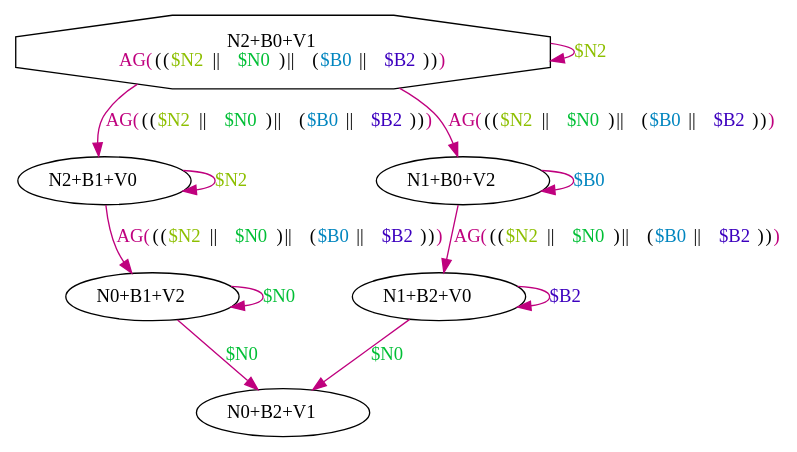
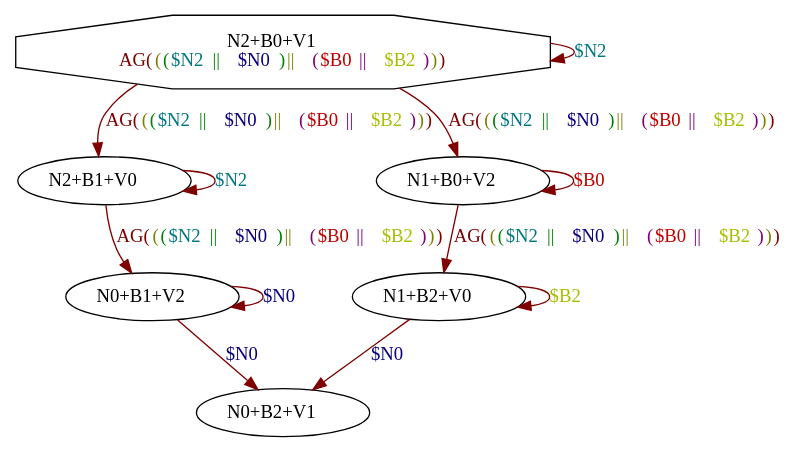
One commit to howiepowie/m1projctl2012g6 changed the diagram in test justifie 14.dot. Above: the diagram before and after it, drawn with Graphviz. The commit also changed 47 other files, not shown here.

```diff
--- a/test justifie 14.dot
+++ b/test justifie 14.dot
@@ -1,19 +1,19 @@
 digraph system {
-N0 [label=<N2+B0+V1<BR/><FONT COLOR="0.88999975 1 0.75">AG(<FONT COLOR="black">(<FONT COLOR="black">(<FONT COLOR="0.20999973 1 0.75">$N2</FONT> || <FONT COLOR="0.37999973 1 0.75">$N0</FONT>)</FONT> || <FONT COLOR="black">(<FONT COLOR="0.5499997 1 0.75">$B0</FONT> || <FONT COLOR="0.71999973 1 0.75">$B2</FONT>)</FONT>)</FONT>)</FONT>>,shape=octagon]
+N0 [label=<N2+B0+V1<BR/><FONT COLOR="0.0 1 0.5">AG(<FONT COLOR="0.17 1 0.5">(<FONT COLOR="0.34 1 0.5">(<FONT COLOR="0.51 1 0.5">$N2</FONT> || <FONT COLOR="0.68 1 0.5">$N0</FONT>)</FONT> || <FONT COLOR="0.85 1 0.5">(<FONT COLOR="1.02 1 0.75">$B0</FONT> || <FONT COLOR="0.18999994 1 0.75">$B2</FONT>)</FONT>)</FONT>)</FONT>>,shape=octagon]
 N1 [label=<N2+B1+V0>]
 N2 [label=<N0+B1+V2>]
 N3 [label=<N0+B2+V1>]
 N4 [label=<N1+B0+V2>]
 N5 [label=<N1+B2+V0>]
-N1 -> N2 [color="0.88999975 1 0.75",label=<<FONT COLOR="0.88999975 1 0.75">AG(<FONT COLOR="black">(<FONT COLOR="black">(<FONT COLOR="0.20999973 1 0.75">$N2</FONT> || <FONT COLOR="0.37999973 1 0.75">$N0</FONT>)</FONT> || <FONT COLOR="black">(<FONT COLOR="0.5499997 1 0.75">$B0</FONT> || <FONT COLOR="0.71999973 1 0.75">$B2</FONT>)</FONT>)</FONT>)</FONT>>]
-N0 -> N1 [color="0.88999975 1 0.75",label=<<FONT COLOR="0.88999975 1 0.75">AG(<FONT COLOR="black">(<FONT COLOR="black">(<FONT COLOR="0.20999973 1 0.75">$N2</FONT> || <FONT COLOR="0.37999973 1 0.75">$N0</FONT>)</FONT> || <FONT COLOR="black">(<FONT COLOR="0.5499997 1 0.75">$B0</FONT> || <FONT COLOR="0.71999973 1 0.75">$B2</FONT>)</FONT>)</FONT>)</FONT>>]
-N2 -> N3 [color="0.88999975 1 0.75",label=<<FONT COLOR="0.37999973 1 0.75">$N0</FONT>>]
-N2 -> N2 [color="0.88999975 1 0.75",label=<<FONT COLOR="0.37999973 1 0.75">$N0</FONT>>]
-N1 -> N1 [color="0.88999975 1 0.75",label=<<FONT COLOR="0.20999973 1 0.75">$N2</FONT>>]
-N5 -> N5 [color="0.88999975 1 0.75",label=<<FONT COLOR="0.71999973 1 0.75">$B2</FONT>>]
-N5 -> N3 [color="0.88999975 1 0.75",label=<<FONT COLOR="0.37999973 1 0.75">$N0</FONT>>]
-N0 -> N0 [color="0.88999975 1 0.75",label=<<FONT COLOR="0.20999973 1 0.75">$N2</FONT>>]
-N4 -> N5 [color="0.88999975 1 0.75",label=<<FONT COLOR="0.88999975 1 0.75">AG(<FONT COLOR="black">(<FONT COLOR="black">(<FONT COLOR="0.20999973 1 0.75">$N2</FONT> || <FONT COLOR="0.37999973 1 0.75">$N0</FONT>)</FONT> || <FONT COLOR="black">(<FONT COLOR="0.5499997 1 0.75">$B0</FONT> || <FONT COLOR="0.71999973 1 0.75">$B2</FONT>)</FONT>)</FONT>)</FONT>>]
-N0 -> N4 [color="0.88999975 1 0.75",label=<<FONT COLOR="0.88999975 1 0.75">AG(<FONT COLOR="black">(<FONT COLOR="black">(<FONT COLOR="0.20999973 1 0.75">$N2</FONT> || <FONT COLOR="0.37999973 1 0.75">$N0</FONT>)</FONT> || <FONT COLOR="black">(<FONT COLOR="0.5499997 1 0.75">$B0</FONT> || <FONT COLOR="0.71999973 1 0.75">$B2</FONT>)</FONT>)</FONT>)</FONT>>]
-N4 -> N4 [color="0.88999975 1 0.75",label=<<FONT COLOR="0.5499997 1 0.75">$B0</FONT>>]
+N5 -> N5 [color="0.0 1 0.5",label=<<FONT COLOR="0.18999994 1 0.75">$B2</FONT>>]
+N2 -> N2 [color="0.0 1 0.5",label=<<FONT COLOR="0.68 1 0.5">$N0</FONT>>]
+N0 -> N4 [color="0.0 1 0.5",label=<<FONT COLOR="0.0 1 0.5">AG(<FONT COLOR="0.17 1 0.5">(<FONT COLOR="0.34 1 0.5">(<FONT COLOR="0.51 1 0.5">$N2</FONT> || <FONT COLOR="0.68 1 0.5">$N0</FONT>)</FONT> || <FONT COLOR="0.85 1 0.5">(<FONT COLOR="1.02 1 0.75">$B0</FONT> || <FONT COLOR="0.18999994 1 0.75">$B2</FONT>)</FONT>)</FONT>)</FONT>>]
+N5 -> N3 [color="0.0 1 0.5",label=<<FONT COLOR="0.68 1 0.5">$N0</FONT>>]
+N0 -> N1 [color="0.0 1 0.5",label=<<FONT COLOR="0.0 1 0.5">AG(<FONT COLOR="0.17 1 0.5">(<FONT COLOR="0.34 1 0.5">(<FONT COLOR="0.51 1 0.5">$N2</FONT> || <FONT COLOR="0.68 1 0.5">$N0</FONT>)</FONT> || <FONT COLOR="0.85 1 0.5">(<FONT COLOR="1.02 1 0.75">$B0</FONT> || <FONT COLOR="0.18999994 1 0.75">$B2</FONT>)</FONT>)</FONT>)</FONT>>]
+N0 -> N0 [color="0.0 1 0.5",label=<<FONT COLOR="0.51 1 0.5">$N2</FONT>>]
+N1 -> N1 [color="0.0 1 0.5",label=<<FONT COLOR="0.51 1 0.5">$N2</FONT>>]
+N4 -> N5 [color="0.0 1 0.5",label=<<FONT COLOR="0.0 1 0.5">AG(<FONT COLOR="0.17 1 0.5">(<FONT COLOR="0.34 1 0.5">(<FONT COLOR="0.51 1 0.5">$N2</FONT> || <FONT COLOR="0.68 1 0.5">$N0</FONT>)</FONT> || <FONT COLOR="0.85 1 0.5">(<FONT COLOR="1.02 1 0.75">$B0</FONT> || <FONT COLOR="0.18999994 1 0.75">$B2</FONT>)</FONT>)</FONT>)</FONT>>]
+N2 -> N3 [color="0.0 1 0.5",label=<<FONT COLOR="0.68 1 0.5">$N0</FONT>>]
+N4 -> N4 [color="0.0 1 0.5",label=<<FONT COLOR="1.02 1 0.75">$B0</FONT>>]
+N1 -> N2 [color="0.0 1 0.5",label=<<FONT COLOR="0.0 1 0.5">AG(<FONT COLOR="0.17 1 0.5">(<FONT COLOR="0.34 1 0.5">(<FONT COLOR="0.51 1 0.5">$N2</FONT> || <FONT COLOR="0.68 1 0.5">$N0</FONT>)</FONT> || <FONT COLOR="0.85 1 0.5">(<FONT COLOR="1.02 1 0.75">$B0</FONT> || <FONT COLOR="0.18999994 1 0.75">$B2</FONT>)</FONT>)</FONT>)</FONT>>]
 }
```
